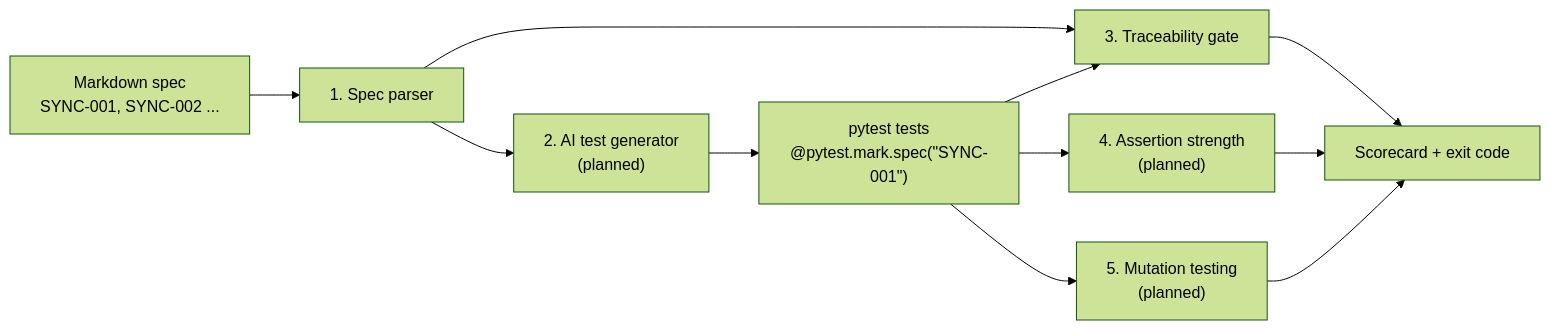
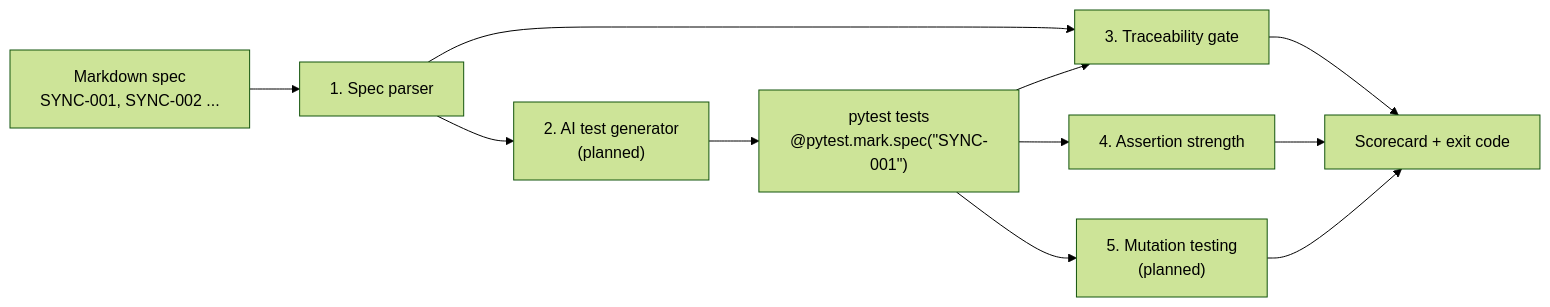
Before and after one commit to gssingh/specgate: the diagram in README.md, drawn with Mermaid (forest theme). The commit also changed other lines of this file and 7 other files, not shown here.

First line of the commit message:
Add stage 4 assertion-strength gate

````diff
--- a/README.md
+++ b/README.md
@@ -9,13 +9,13 @@
 ```mermaid
 flowchart LR
     S["Markdown spec<br/>SYNC-001, SYNC-002 ..."] --> P["1. Spec parser"]
     P --> G["2. AI test generator<br/>(planned)"]
     G --> T["pytest tests<br/>@pytest.mark.spec(&quot;SYNC-001&quot;)"]
     P --> TR["3. Traceability gate"]
     T --> TR
-    T --> AS["4. Assertion strength<br/>(planned)"]
+    T --> AS["4. Assertion strength"]
     T --> MU["5. Mutation testing<br/>(planned)"]
     TR --> R["Scorecard + exit code"]
     AS --> R
     MU --> R
 ```
````
